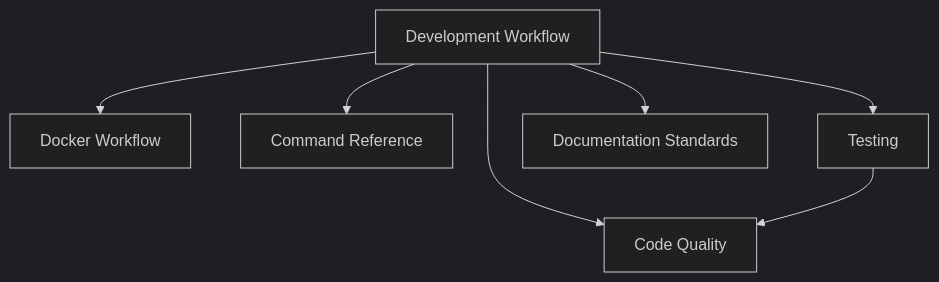
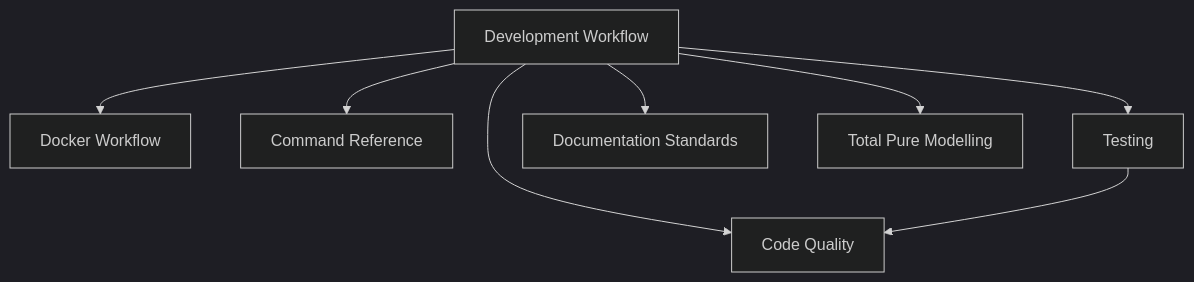
The diagram in documents/engineering/development_workflow.md (Tuee22/SpectralMC), drawn with Mermaid (dark theme) before and after one commit. The commit also changed other lines of this file and 18 other files, not shown here.

````diff
--- a/documents/engineering/development_workflow.md
+++ b/documents/engineering/development_workflow.md
@@ -12,16 +12,17 @@
 ```mermaid
 flowchart TB
   Dev[Development Workflow]
   Docker[Docker Workflow]
   Cmds[Command Reference]
   CQ[Code Quality]
   Test[Testing]
   Docs[Documentation Standards]
 
   Dev --> Docker
   Dev --> Cmds
   Dev --> CQ
   Dev --> Test
   Dev --> Docs
+  Dev --> TPM[Total Pure Modelling]
   Test --> CQ
 ```
````
